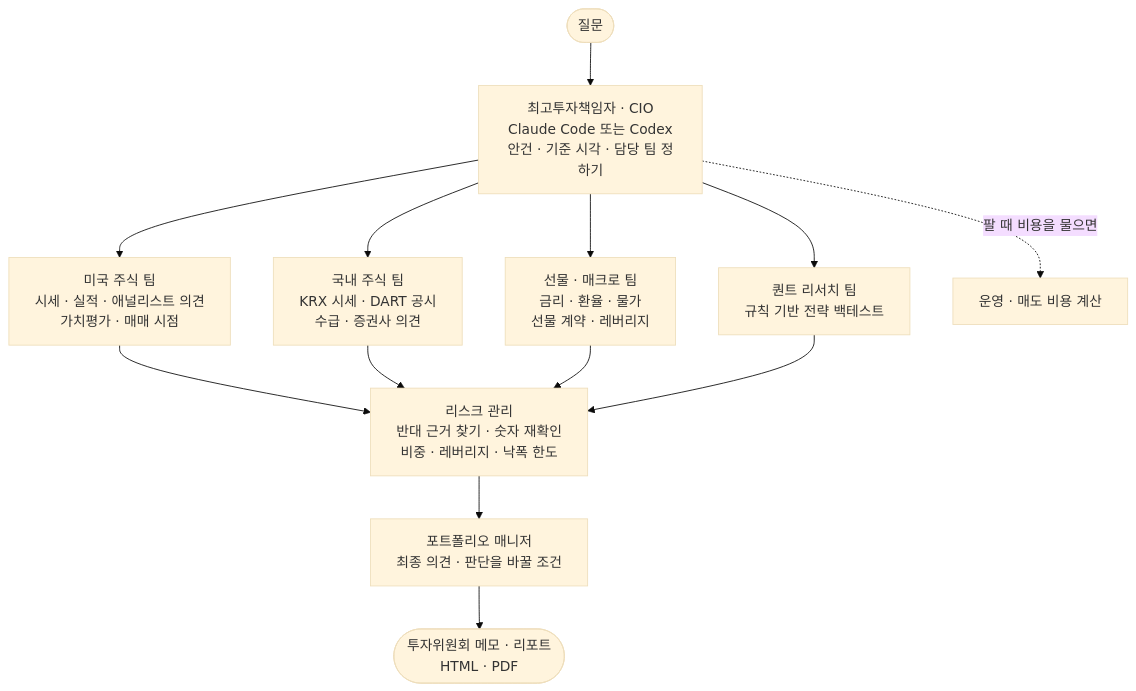
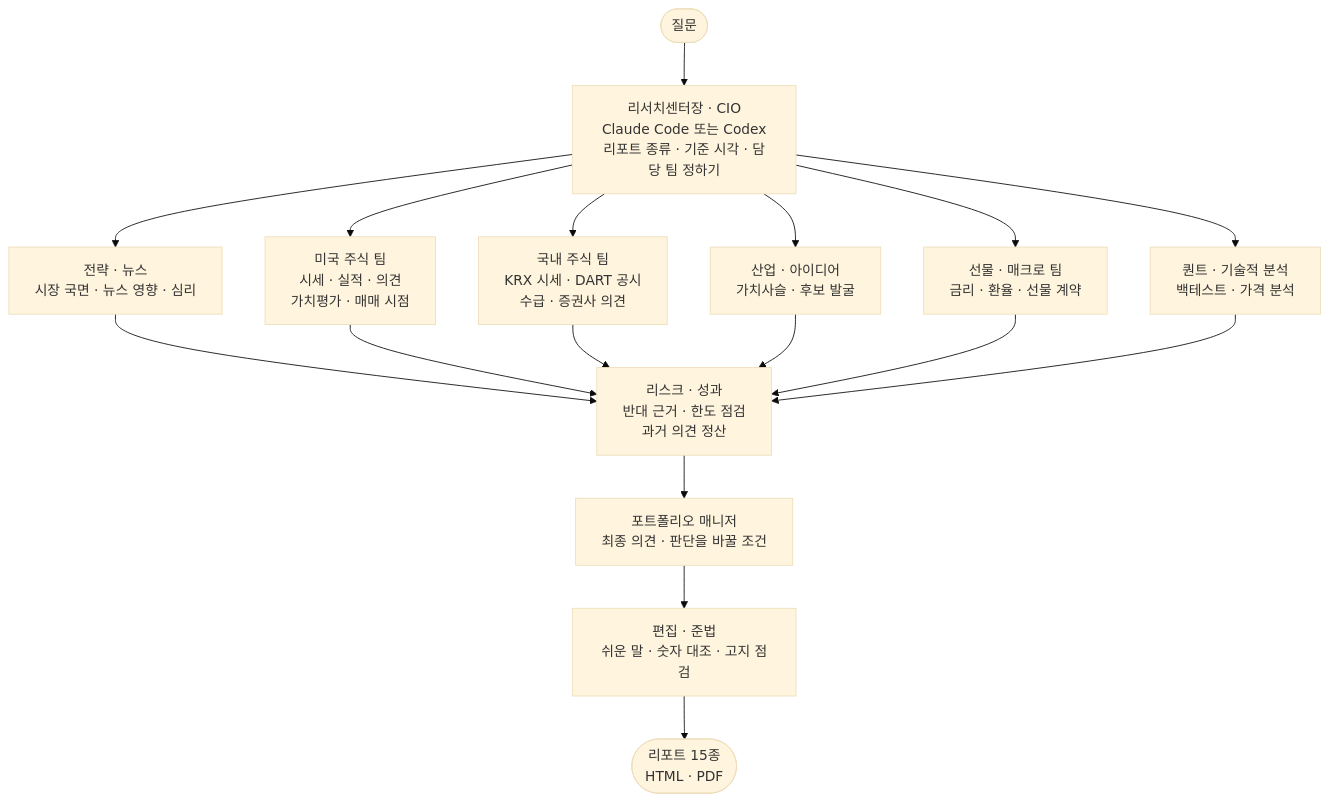
Before and after one commit to seulee26/stock-team-harness: the first of 2 diagrams in README.md, drawn with Mermaid (base theme). The commit also changed other lines of this file and 51 other files, not shown here.

````diff
--- a/README.md
+++ b/README.md
@@ -88,18 +89,22 @@
 ```mermaid
 flowchart TD
-    Q(["질문"]) --> CIO["최고투자책임자 · CIO<br/>Claude Code 또는 Codex<br/>안건 · 기준 시각 · 담당 팀 정하기"]
+    Q(["질문"]) --> CIO["리서치센터장 · CIO<br/>Claude Code 또는 Codex<br/>리포트 종류 · 기준 시각 · 담당 팀 정하기"]
 
-    CIO --> US["미국 주식 팀<br/>시세 · 실적 · 애널리스트 의견<br/>가치평가 · 매매 시점"]
+    CIO --> ST["전략 · 뉴스<br/>시장 국면 · 뉴스 영향 · 심리"]
+    CIO --> US["미국 주식 팀<br/>시세 · 실적 · 의견<br/>가치평가 · 매매 시점"]
     CIO --> KR["국내 주식 팀<br/>KRX 시세 · DART 공시<br/>수급 · 증권사 의견"]
-    CIO --> FM["선물 · 매크로 팀<br/>금리 · 환율 · 물가<br/>선물 계약 · 레버리지"]
-    CIO --> QT["퀀트 리서치 팀<br/>규칙 기반 전략 백테스트"]
+    CIO --> SE["산업 · 아이디어<br/>가치사슬 · 후보 발굴"]
+    CIO --> FM["선물 · 매크로 팀<br/>금리 · 환율 · 선물 계약"]
+    CIO --> QT["퀀트 · 기술적 분석<br/>백테스트 · 가격 분석"]
 
-    US --> RV["리스크 관리<br/>반대 근거 찾기 · 숫자 재확인<br/>비중 · 레버리지 · 낙폭 한도"]
+    ST --> RV["리스크 · 성과<br/>반대 근거 · 한도 점검<br/>과거 의견 정산"]
+    US --> RV
     KR --> RV
+    SE --> RV
     FM --> RV
     QT --> RV
 
     RV --> PM["포트폴리오 매니저<br/>최종 의견 · 판단을 바꿀 조건"]
-    PM --> O(["투자위원회 메모 · 리포트<br/>HTML · PDF"])
-    CIO -. "팔 때 비용을 물으면" .-> OPS["운영 · 매도 비용 계산"]
+    PM --> ED["편집 · 준법<br/>쉬운 말 · 숫자 대조 · 고지 점검"]
+    ED --> O(["리포트 15종<br/>HTML · PDF"])
 ```
````
